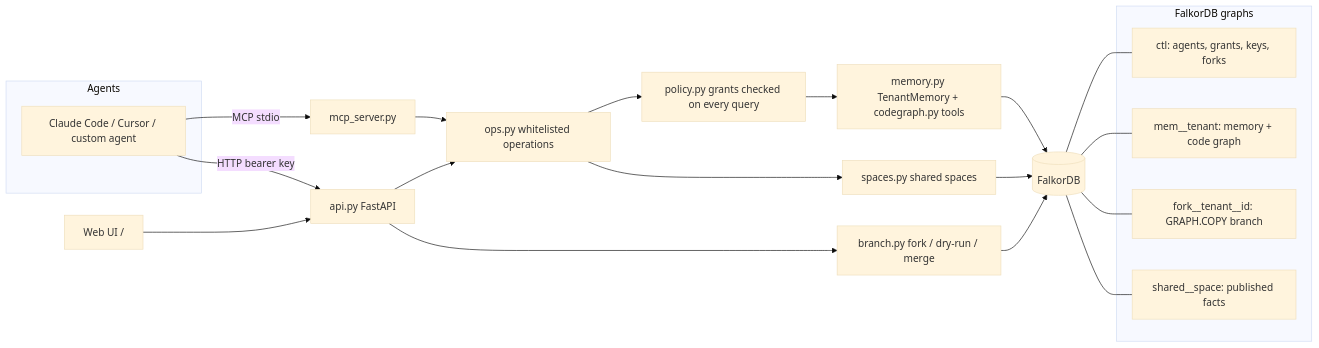
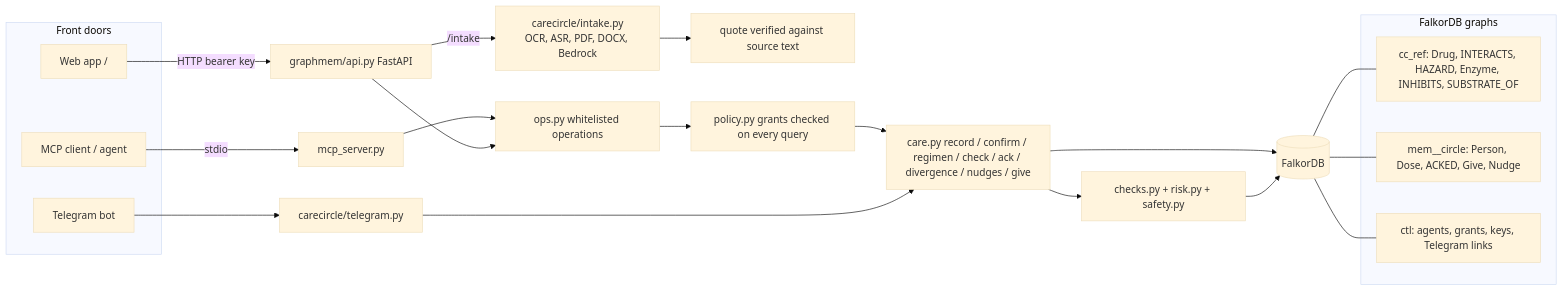
One commit to aniket-3001/CareCircle changed the first of 2 diagrams in docs/ARCHITECTURE.md. Above: the diagram before and after it, drawn with Mermaid (base theme). The commit also changed other lines of this file, not shown here.

Commit message:
Rewrite architecture doc for Care Circle

````diff
--- a/docs/ARCHITECTURE.md
+++ b/docs/ARCHITECTURE.md
@@ -3,23 +3,26 @@
 ```mermaid
 flowchart LR
-  subgraph Agents
-    A1[Claude Code / Cursor / custom agent]
+  subgraph Front doors
+    WEB[Web app /]:::f
+    TG[Telegram bot]:::f
+    MCPC[MCP client / agent]:::f
   end
-  A1 -- MCP stdio --> MCP[mcp_server.py]
-  A1 -- HTTP bearer key --> API[api.py FastAPI]
-  UI[Web UI /] --> API
-  MCP --> OPS[ops.py whitelisted operations]
-  API --> OPS
+  WEB -- HTTP bearer key --> API[graphmem/api.py FastAPI]
+  TG --> CC
+  MCPC -- stdio --> MCP[mcp_server.py] --> OPS
+  API -- /intake --> INT[carecircle/intake.py<br/>OCR, ASR, PDF, DOCX, Bedrock]
+  INT --> VER[quote verified against source text]
+  API --> OPS[ops.py whitelisted operations]
   OPS --> POL[policy.py grants checked on every query]
-  POL --> MEM[memory.py TenantMemory + codegraph.py tools]
-  OPS --> SP[spaces.py shared spaces]
-  API --> BR[branch.py fork / dry-run / merge]
-  MEM & SP & BR --> DB[(FalkorDB)]
+  POL --> CARE[care.py record / confirm / regimen / check / ack / divergence / nudges / give]
+  CARE --> CHK[checks.py + risk.py + safety.py]
+  CARE --> DB[(FalkorDB)]
+  CHK --> DB
+  CC[carecircle/telegram.py] --> CARE
   subgraph FalkorDB graphs
-    CTL[ctl: agents, grants, keys, forks]
-    T1[mem__tenant: memory + code graph]
-    F1[fork__tenant__id: GRAPH.COPY branch]
-    S1[shared__space: published facts]
+    REF[cc_ref: Drug, INTERACTS, HAZARD, Enzyme, INHIBITS, SUBSTRATE_OF]
+    CIRCLE[mem__circle: Person, Dose, ACKED, Give, Nudge]
+    CTL[ctl: agents, grants, keys, Telegram links]
   end
-  DB --- CTL & T1 & F1 & S1
+  DB --- REF & CIRCLE & CTL
 ```
````
